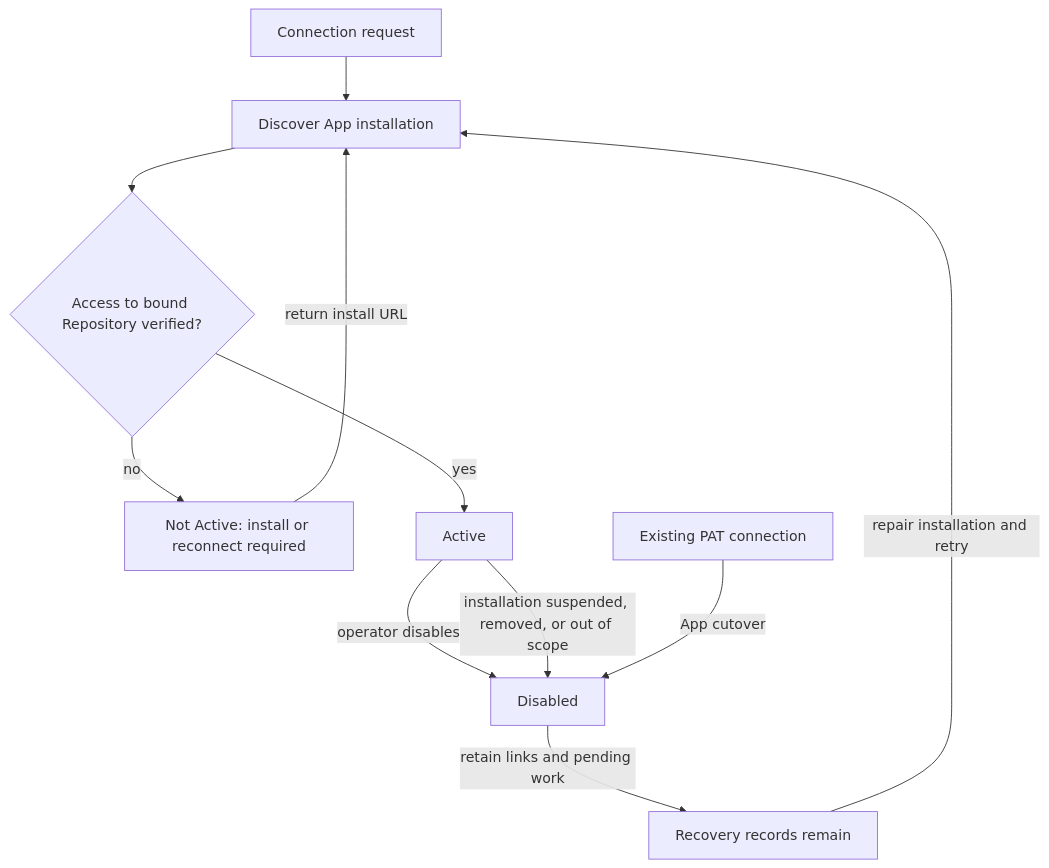
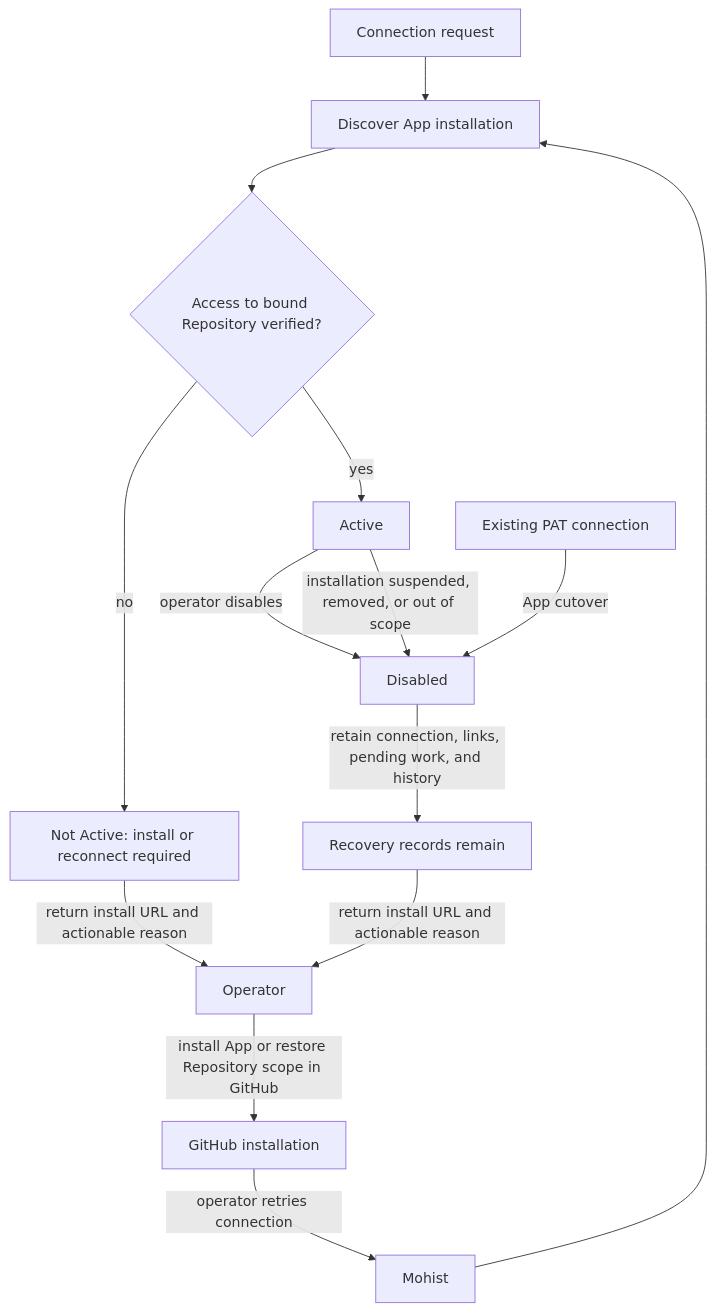
One commit to suraciii/mohist changed the second of 5 diagrams in design/github-integration.md. Above: the diagram before and after it, drawn with Mermaid. The commit also changed other lines of this file and 1 other file, not shown here.

Commit message:
docs: clarify GitHub connection recovery flow

````diff
--- a/design/github-integration.md
+++ b/design/github-integration.md
@@ -159,13 +160,16 @@
 ```mermaid
 flowchart TD
     N["Connection request"] --> D["Discover App installation"]
     D --> V{"Access to bound Repository verified?"}
     V -->|"no"| U["Not Active: install or reconnect required"]
-    U -->|"return install URL"| D
+    U -->|"return install URL and actionable reason"| O["Operator"]
+    O -->|"install App or restore Repository scope in GitHub"| G["GitHub installation"]
+    G -->|"operator retries connection"| M["Mohist"]
+    M --> D
     V -->|"yes"| A["Active"]
     A -->|"operator disables"| X["Disabled"]
     A -->|"installation suspended, removed, or out of scope"| X
     P["Existing PAT connection"] -->|"App cutover"| X
-    X -->|"retain links and pending work"| R["Recovery records remain"]
-    R -->|"repair installation and retry"| D
+    X -->|"retain connection, links, pending work, and history"| R["Recovery records remain"]
+    R -->|"return install URL and actionable reason"| O
 ```
````
